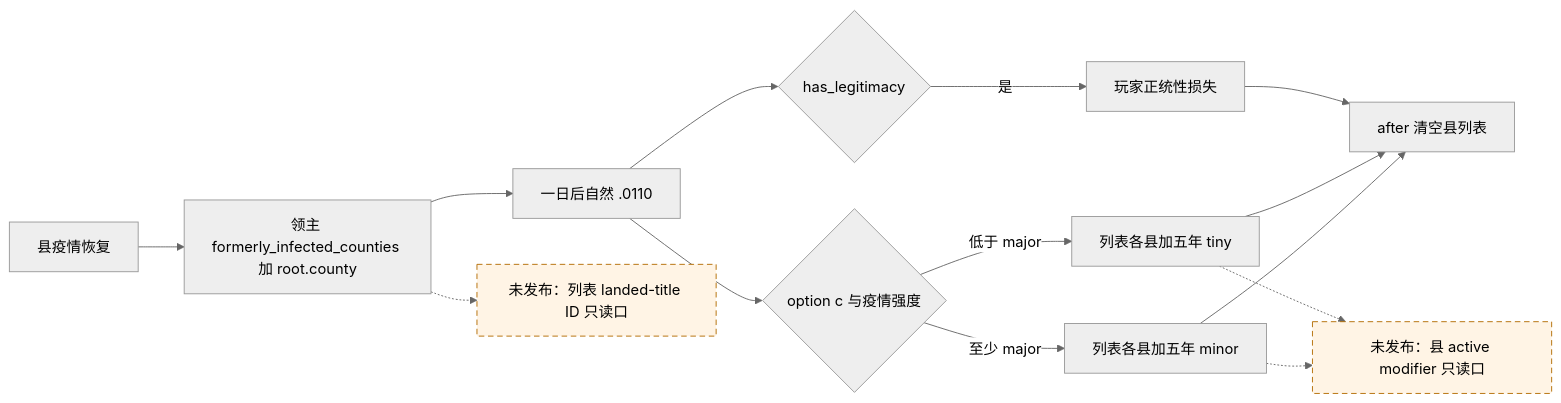
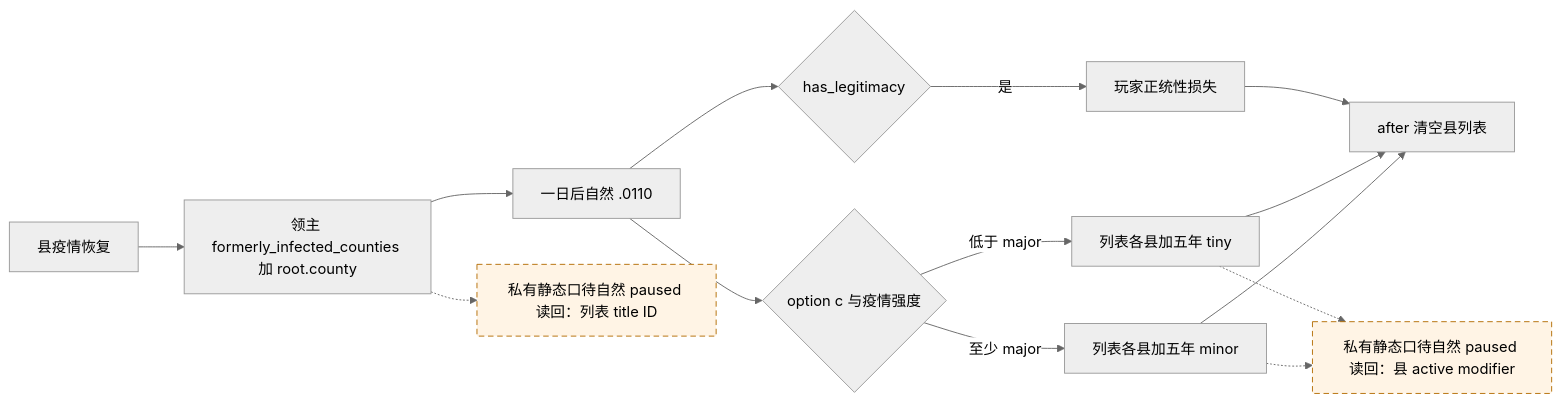
One commit to XenoAmess/ck3_eternal_recurrence changed the diagram in docs/ck3-native-ai/m2-0110-county-modifier-observer-abi-2026-09-22.md. Above: the diagram before and after it, drawn with Mermaid (neutral theme). The commit also changed other lines of this file and 13 other files, not shown here.

````diff
--- a/docs/ck3-native-ai/m2-0110-county-modifier-observer-abi-2026-09-22.md
+++ b/docs/ck3-native-ai/m2-0110-county-modifier-observer-abi-2026-09-22.md
@@ -11,18 +11,18 @@
 ```mermaid
 flowchart LR
     A[县疫情恢复] --> B[领主 formerly_infected_counties 加 root.county]
     B --> C[一日后自然 .0110]
     C --> D{option c 与疫情强度}
     D -->|至少 major| E[列表各县加五年 minor]
     D -->|低于 major| F[列表各县加五年 tiny]
     C --> G{has_legitimacy}
     G -->|是| H[玩家正统性损失]
     E --> I[after 清空县列表]
     F --> I
     H --> I
-    B -.-> U[未发布：列表 landed-title ID 只读口]
-    E -.-> V[未发布：县 active modifier 只读口]
+    B -.-> U[私有静态口待自然 paused 读回：列表 title ID]
+    E -.-> V[私有静态口待自然 paused 读回：县 active modifier]
     F -.-> V
     classDef unknown stroke-dasharray: 6 4,fill:#fff4e5,stroke:#b36b00;
     class U,V unknown;
 ```
````
